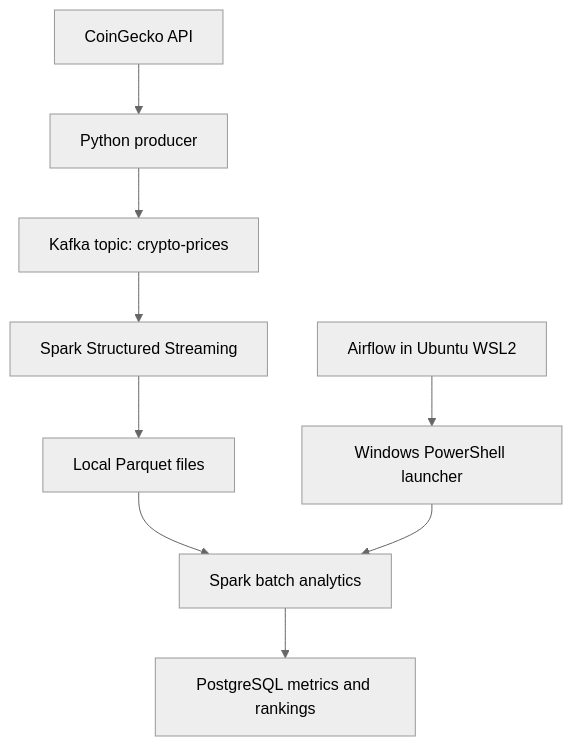
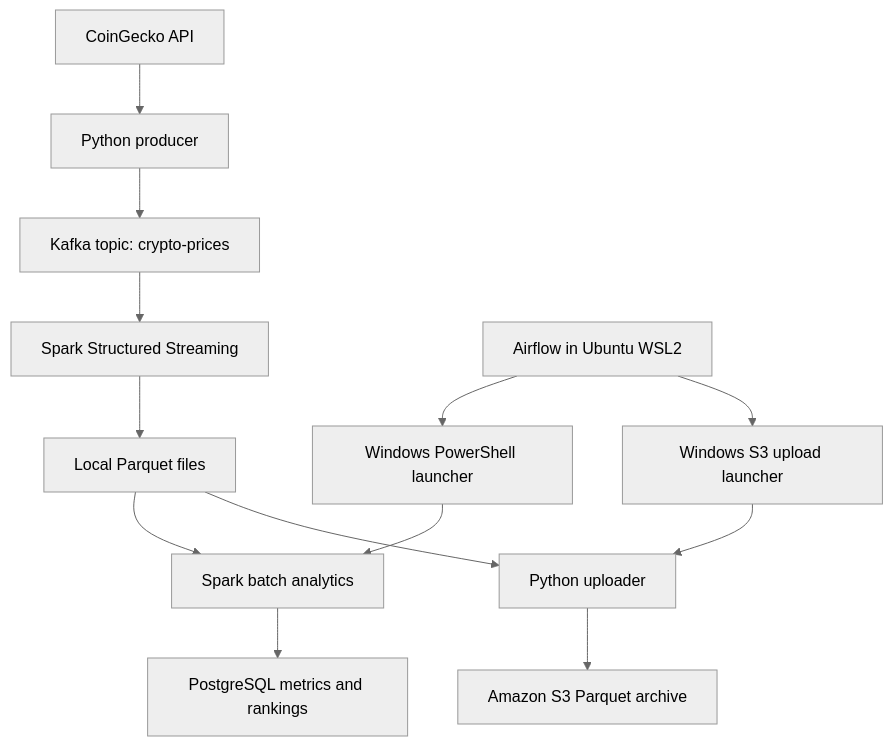
Before and after one commit to DonnieFord/Marketflow-Analysis: the diagram in README.md, drawn with Mermaid (neutral theme). The commit also changed other lines of this file and 4 other files, not shown here.

Commit message:
Add S3 Parquet archival and Airflow upload task

````diff
--- a/README.md
+++ b/README.md
@@ -7,11 +7,15 @@
 ```mermaid
 flowchart TD
     A[CoinGecko API] --> B[Python producer]
     B --> C[Kafka topic: crypto-prices]
     C --> D[Spark Structured Streaming]
     D --> E[Local Parquet files]
     E --> F[Spark batch analytics]
     H[Airflow in Ubuntu WSL2] --> I[Windows PowerShell launcher]
     I --> F
     F --> G[PostgreSQL metrics and rankings]
+    H --> J[Windows S3 upload launcher]
+    J --> K[Python uploader]
+    E --> K
+    K --> L[Amazon S3 Parquet archive]
 ```
````
